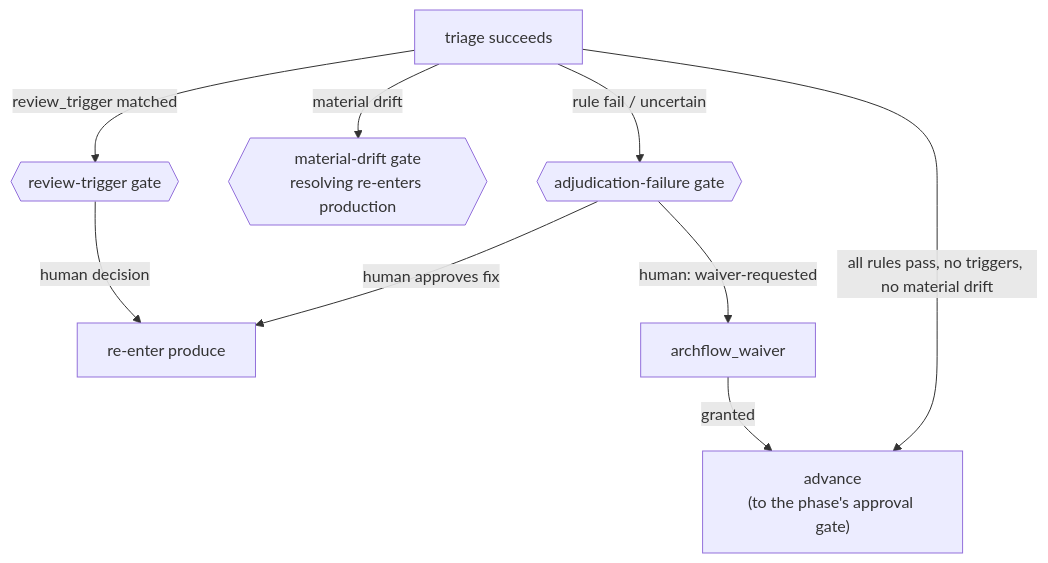
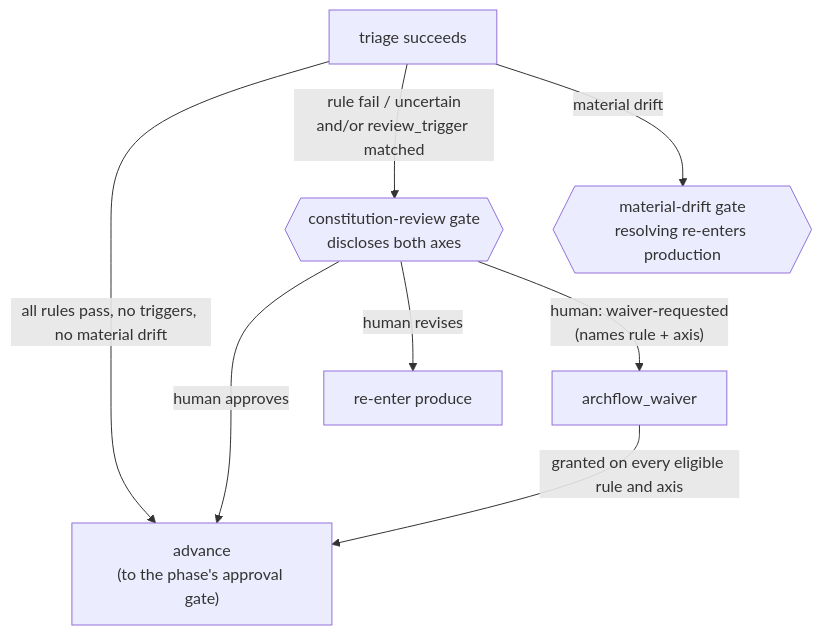
The second of 2 diagrams in docs/review/COUNTER-REVIEW.md (Aroton/ArchflowV2), drawn with Mermaid before and after one commit. The commit also changed other lines of this file and 71 other files, not shown here.

First line of the commit message:
Stop manufacturing constitution uncertainty; merge the doubled gate

````diff
--- a/docs/review/COUNTER-REVIEW.md
+++ b/docs/review/COUNTER-REVIEW.md
@@ -104,11 +108,10 @@
 ```mermaid
 flowchart TB
     T[triage succeeds] -->|all rules pass, no triggers, no material drift| Adv["advance<br/>(to the phase's approval gate)"]
-    T -->|"rule fail / uncertain"| GF{{"adjudication-failure gate"}}
+    T -->|"rule fail / uncertain<br/>and/or review_trigger matched"| GF{{"constitution-review gate<br/>discloses both axes"}}
     T -->|"material drift"| GD{{"material-drift gate<br/>resolving re-enters production"}}
-    T -->|"review_trigger matched"| GT{{"review-trigger gate"}}
-    GF -->|human approves fix| P[re-enter produce]
-    GF -->|"human: waiver-requested"| W["archflow_waiver"]
-    GT -->|human decision| P
-    W -->|granted| Adv
+    GF -->|human approves| Adv
+    GF -->|human revises| P[re-enter produce]
+    GF -->|"human: waiver-requested<br/>(names rule + axis)"| W["archflow_waiver"]
+    W -->|granted on every eligible rule and axis| Adv
 ```
````
